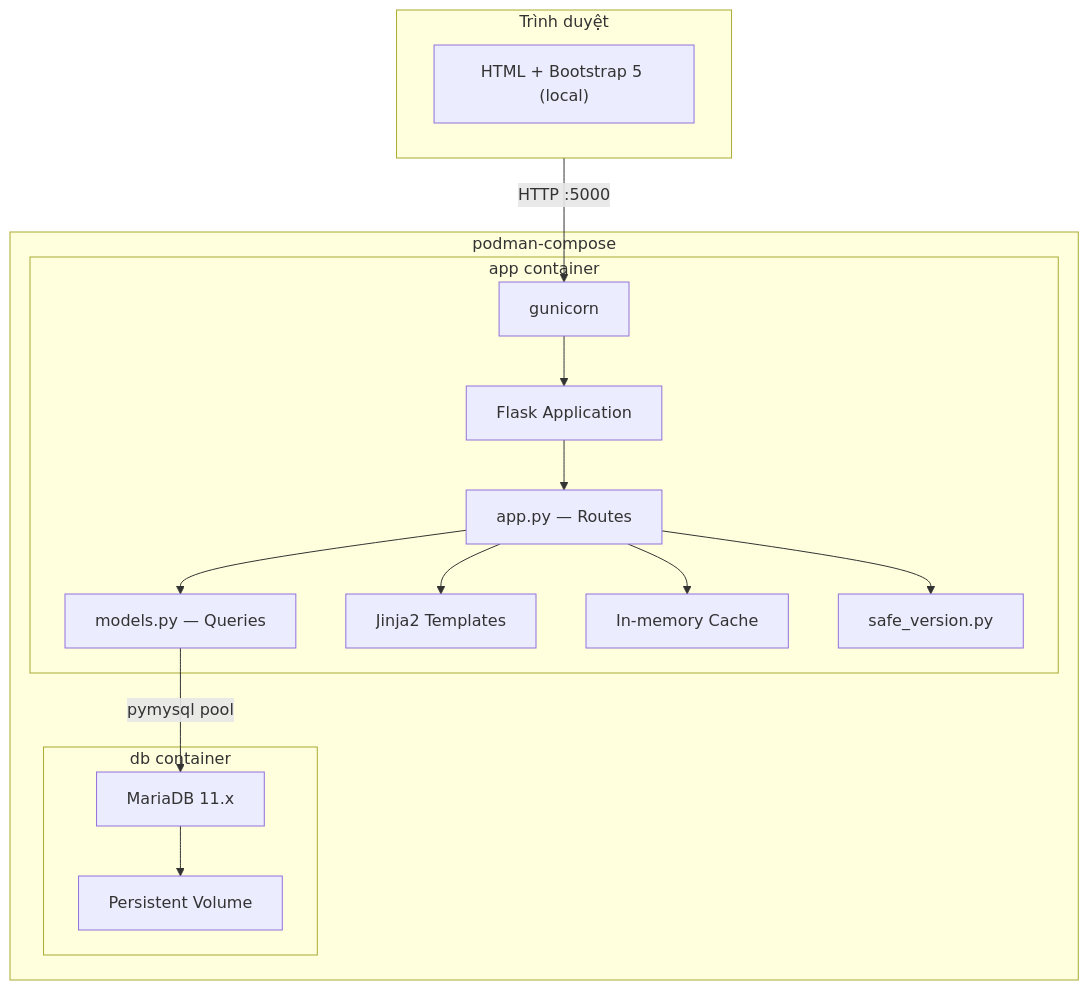
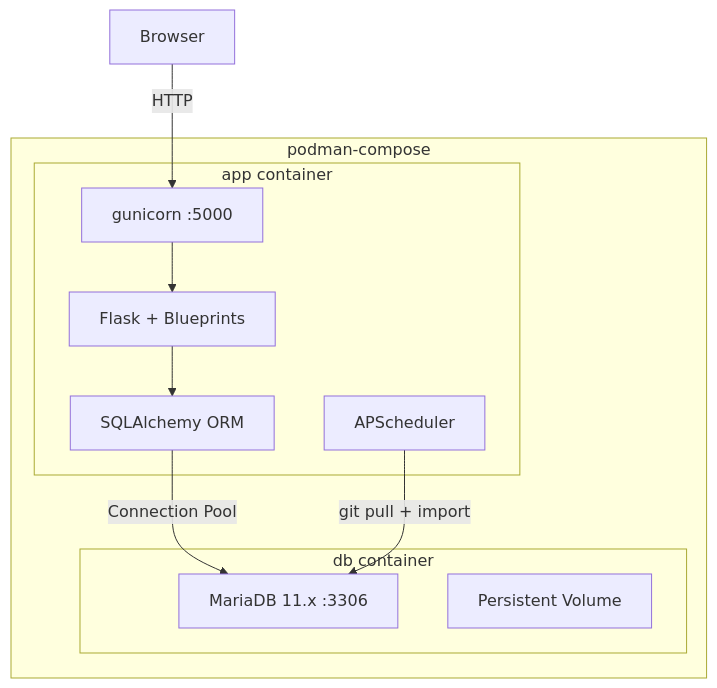
Before and after one commit to haunvsec/Secure-software: the diagram in .kiro/specs/cve-database-website/design.md, drawn with Mermaid. The commit also changed other lines of this file and 8 other files, not shown here.

````diff
--- a/.kiro/specs/cve-database-website/design.md
+++ b/.kiro/specs/cve-database-website/design.md
@@ -21,33 +9,20 @@
 ```mermaid
 graph TB
     subgraph Container["podman-compose"]
-        subgraph AppContainer["app container"]
-            Gunicorn["gunicorn"]
-            Flask["Flask Application"]
-            Routes["app.py — Routes"]
-            Models["models.py — Queries"]
-            Templates["Jinja2 Templates"]
-            Cache["In-memory Cache"]
-            SafeVer["safe_version.py"]
+        subgraph App["app container"]
+            Gunicorn["gunicorn :5000"]
+            Flask["Flask + Blueprints"]
+            ORM["SQLAlchemy ORM"]
+            Scheduler["APScheduler"]
         end
-
-        subgraph DBContainer["db container"]
-            MariaDB["MariaDB 11.x"]
+        subgraph DB["db container"]
+            MariaDB["MariaDB 11.x :3306"]
             Volume["Persistent Volume"]
         end
     end
-
-    subgraph Client["Trình duyệt"]
-        HTML["HTML + Bootstrap 5 (local)"]
-    end
-
-    Client -->|HTTP :5000| Gunicorn
+    Client["Browser"] -->|HTTP| Gunicorn
     Gunicorn --> Flask
-    Flask --> Routes
-    Routes --> Models
-    Routes --> Templates
-    Routes --> Cache
-    Routes --> SafeVer
-    Models -->|pymysql pool| MariaDB
-    MariaDB --> Volume
+    Flask --> ORM
+    ORM -->|Connection Pool| MariaDB
+    Scheduler -->|git pull + import| MariaDB
 ```
````
